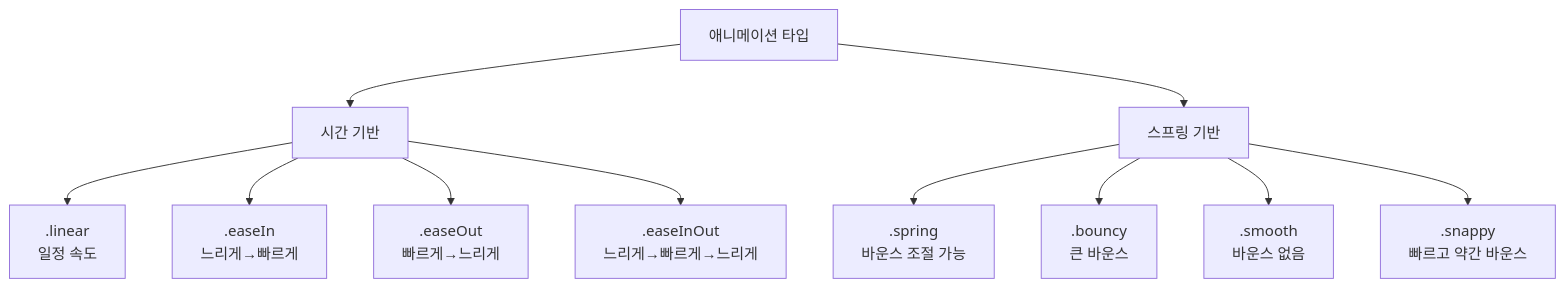
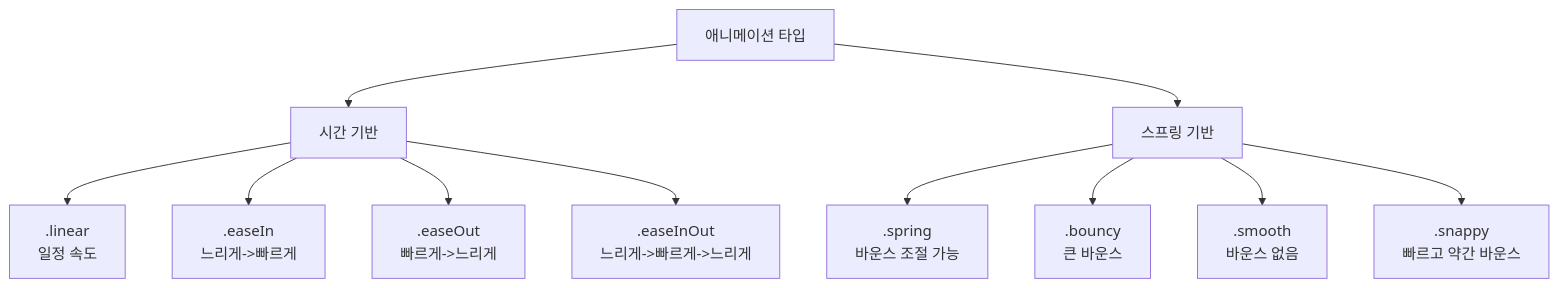
Before and after one commit to jsonpassion/forge-tutorial-swift: the second of 3 diagrams in 09-animation/01-basic-animation.md, drawn with Mermaid. The commit also changed other lines of this file and 69 other files, not shown here.

````diff
--- a/09-animation/01-basic-animation.md
+++ b/09-animation/01-basic-animation.md
@@ -139,13 +139,13 @@
 ```mermaid
 flowchart TD
     A["애니메이션 타입"] --> B["시간 기반"]
     A --> C["스프링 기반"]
-    B --> D[".linear\n일정 속도"]
-    B --> E[".easeIn\n느리게→빠르게"]
-    B --> F[".easeOut\n빠르게→느리게"]
-    B --> G[".easeInOut\n느리게→빠르게→느리게"]
-    C --> H[".spring\n바운스 조절 가능"]
-    C --> I[".bouncy\n큰 바운스"]
-    C --> J[".smooth\n바운스 없음"]
-    C --> K[".snappy\n빠르고 약간 바운스"]
+    B --> D[".linear<br/>일정 속도"]
+    B --> E[".easeIn<br/>느리게->빠르게"]
+    B --> F[".easeOut<br/>빠르게->느리게"]
+    B --> G[".easeInOut<br/>느리게->빠르게->느리게"]
+    C --> H[".spring<br/>바운스 조절 가능"]
+    C --> I[".bouncy<br/>큰 바운스"]
+    C --> J[".smooth<br/>바운스 없음"]
+    C --> K[".snappy<br/>빠르고 약간 바운스"]
 ```
````
